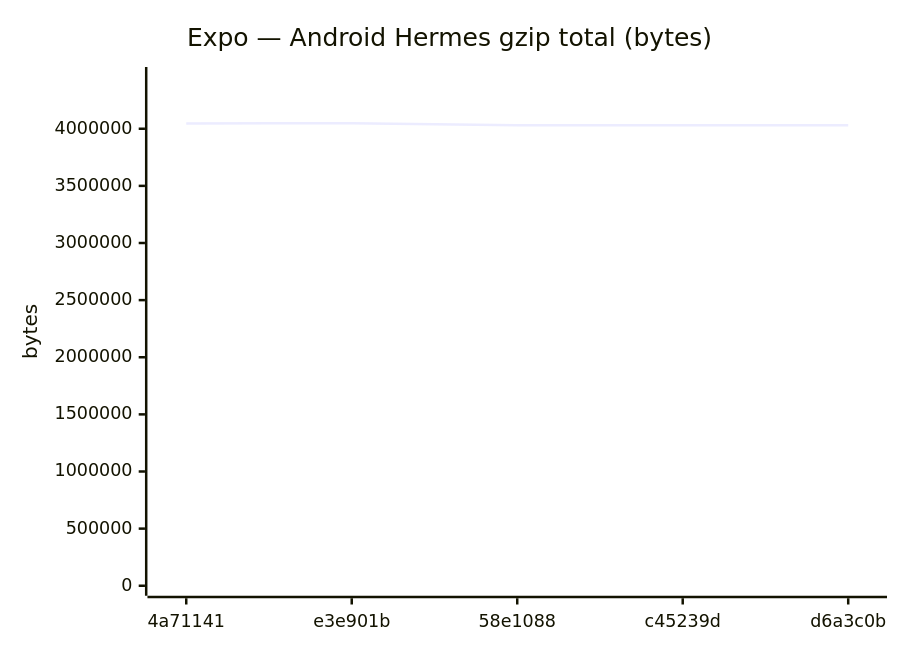
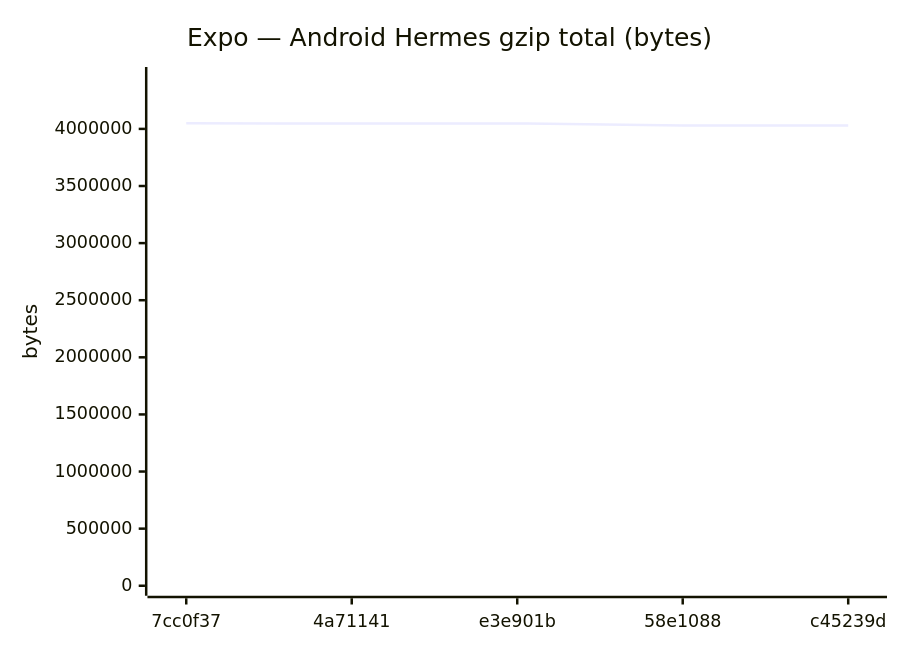
Diagram 11 of 18 in benchmarks/compare.md (Metaheurist/Rianell), drawn with Mermaid before and after one commit. The commit also changed other lines of this file and 11 other files, not shown here.

````diff
--- a/benchmarks/compare.md
+++ b/benchmarks/compare.md
@@ -172,7 +172,7 @@
 ```mermaid
 xychart-beta
     title "Expo — Android Hermes gzip total (bytes)"
-    x-axis ["4a71141", "e3e901b", "58e1088", "c45239d", "d6a3c0b"]
-    y-axis "bytes" 0 --> 4452901
-    line [4046554, 4048091, 4030638, 4030634, 4030639]
+    x-axis ["7cc0f37", "4a71141", "e3e901b", "58e1088", "c45239d"]
+    y-axis "bytes" 0 --> 4454393
+    line [4049448, 4046554, 4048091, 4030638, 4030634]
 ```
````
